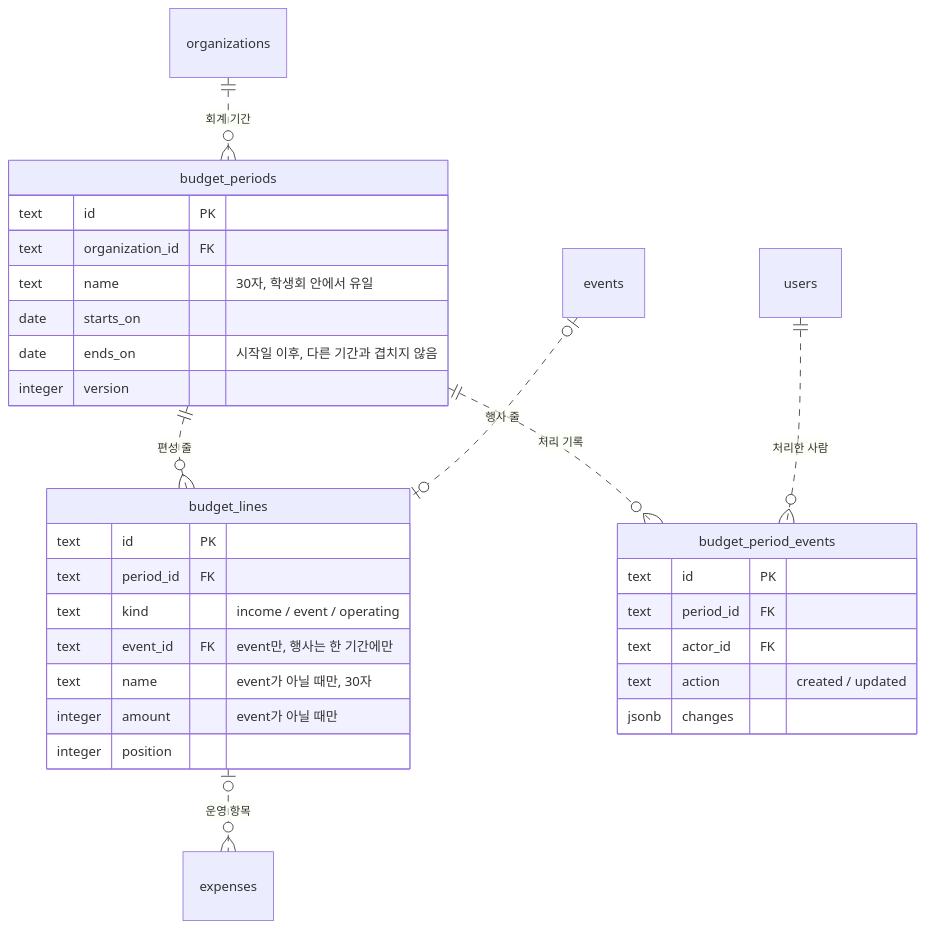
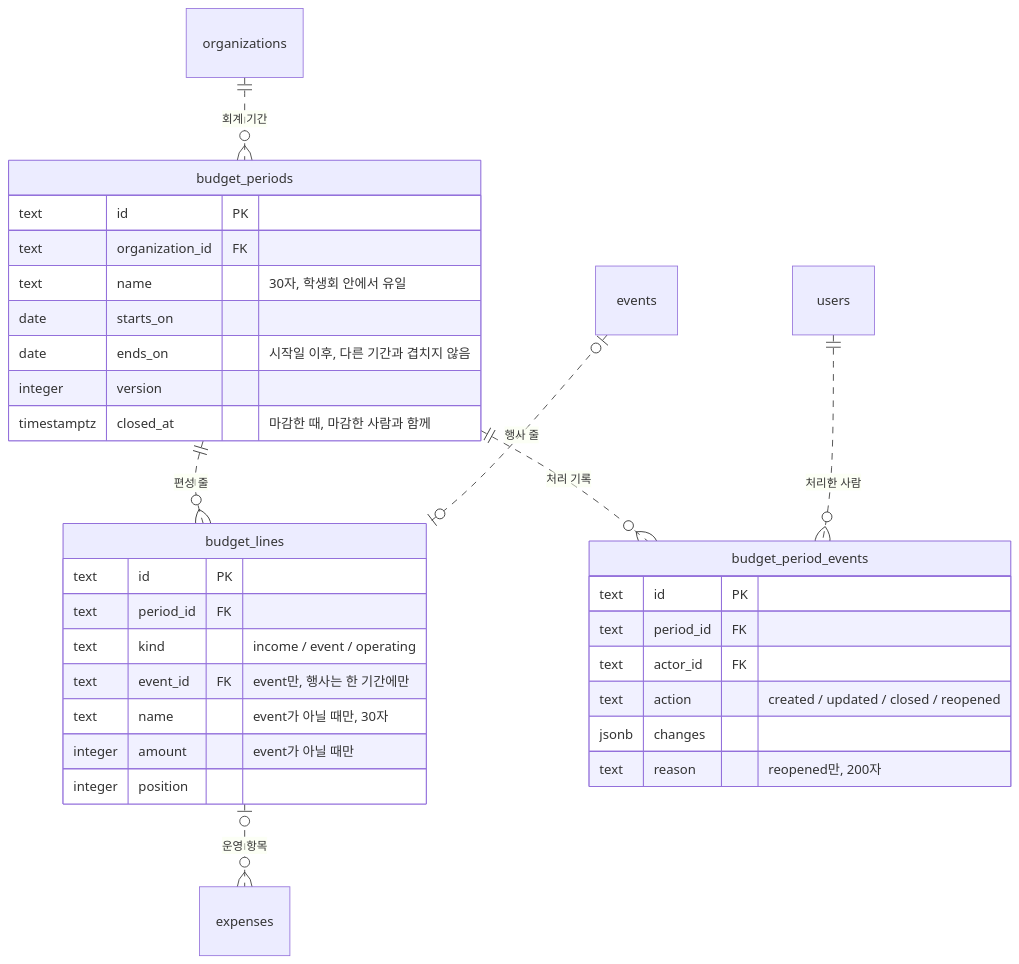
Before and after one commit to vada-hq/vada: the fifth of 7 diagrams in docs/ERD.md, drawn with Mermaid. The commit also changed other lines of this file, not shown here.

````diff
--- a/docs/ERD.md
+++ b/docs/ERD.md
@@ -312,34 +312,36 @@
 ```mermaid
 erDiagram
     organizations ||..o{ budgetPeriods : "회계 기간"
     budgetPeriods ||..o{ budgetLines : "편성 줄"
     events |o..o| budgetLines : "행사 줄"
     budgetLines |o..o{ expenses : "운영 항목"
     budgetPeriods ||..o{ budgetPeriodEvents : "처리 기록"
     users ||..o{ budgetPeriodEvents : "처리한 사람"
 
     budgetPeriods["budget_periods"] {
         text id PK
         text organization_id FK
         text name "30자, 학생회 안에서 유일"
         date starts_on
         date ends_on "시작일 이후, 다른 기간과 겹치지 않음"
         integer version
+        timestamptz closed_at "마감한 때, 마감한 사람과 함께"
     }
     budgetLines["budget_lines"] {
         text id PK
         text period_id FK
         text kind "income / event / operating"
         text event_id FK "event만, 행사는 한 기간에만"
         text name "event가 아닐 때만, 30자"
         integer amount "event가 아닐 때만"
         integer position
     }
     budgetPeriodEvents["budget_period_events"] {
         text id PK
         text period_id FK
         text actor_id FK
-        text action "created / updated"
+        text action "created / updated / closed / reopened"
         jsonb changes
+        text reason "reopened만, 200자"
     }
 ```
````
